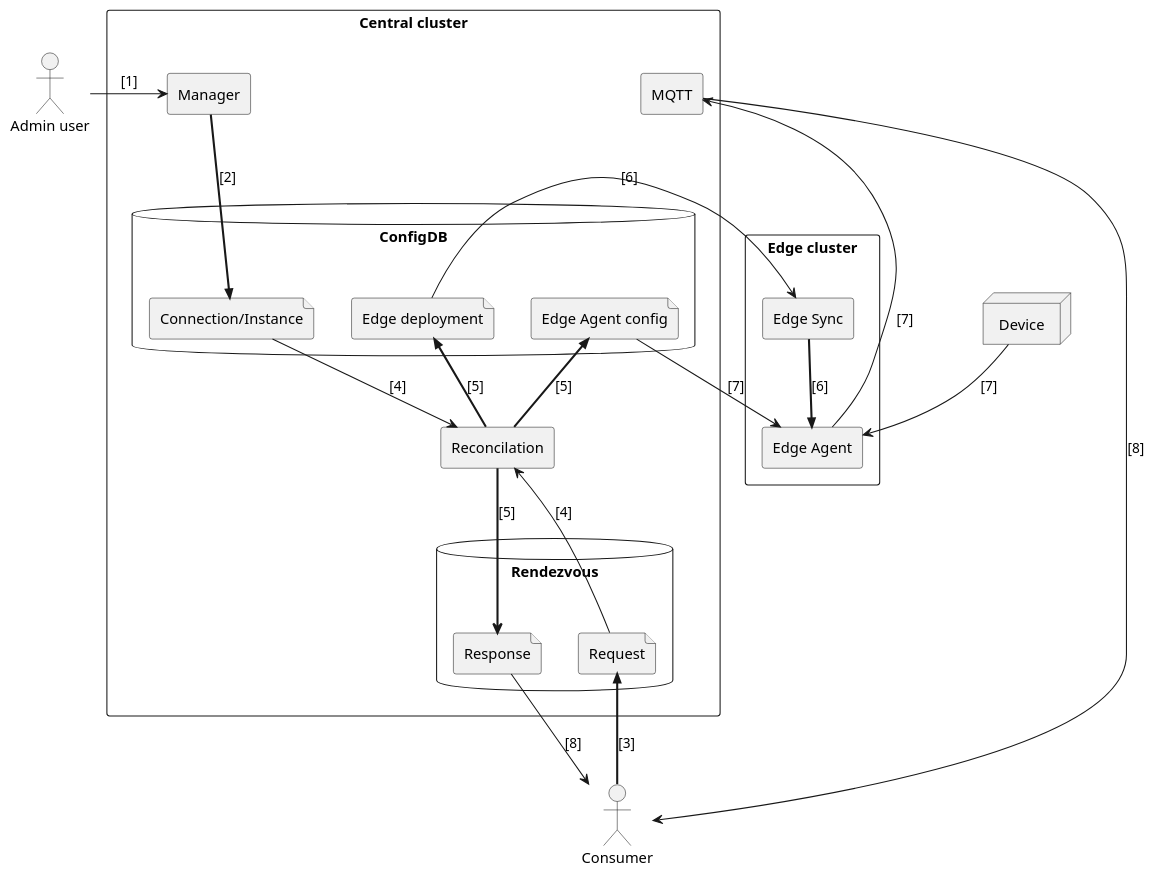
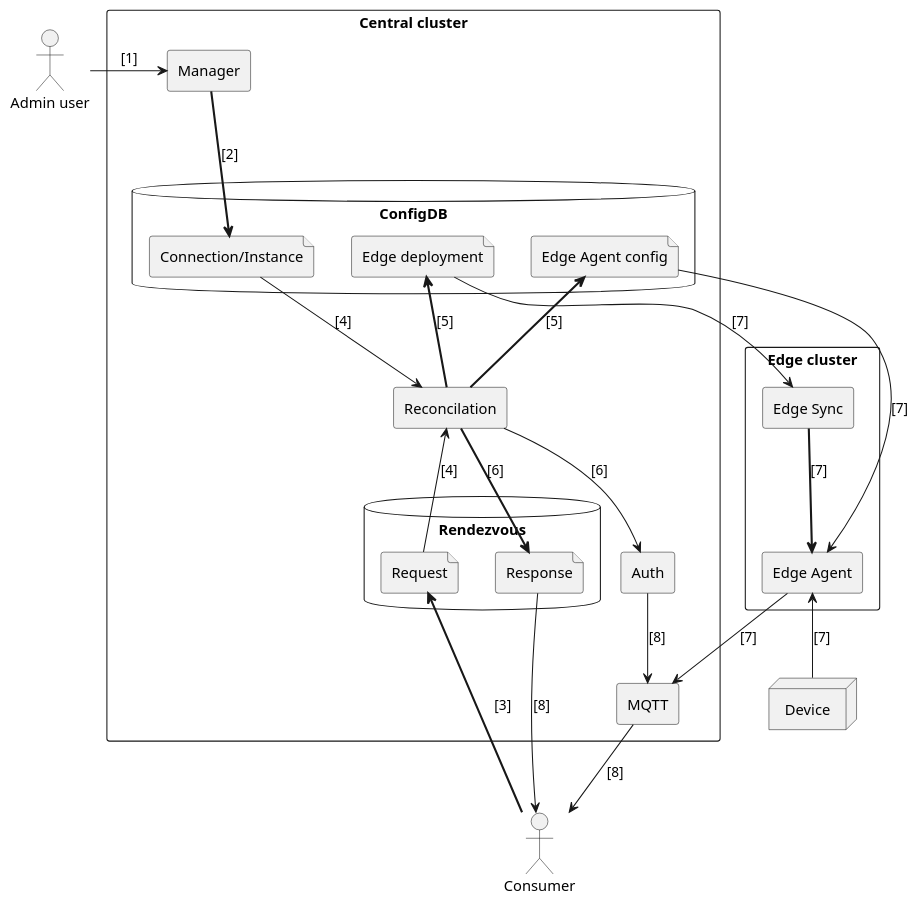
The diagram in docs/dyn-deploy/dyn-deploy.puml (AMRC-FactoryPlus/amrc-connectivity-stack), drawn with PlantUML before and after one commit. The commit also changed 2 other files, not shown here.

Commit message:
Include the Auth changes in the diagrams
Automatic Auth adjustments are a fairly important part of the process
here.

```diff
--- a/docs/dyn-deploy/dyn-deploy.puml
+++ b/docs/dyn-deploy/dyn-deploy.puml
@@ -1,51 +1,55 @@
 @startuml
 
 actor "Admin user" as admin
 actor "Consumer" as consumer
 node "Device" as device
 
 rectangle "Central cluster" {
     agent "Manager" as manager
+    agent "Auth" as auth
+    agent "MQTT" as mqtt
+    agent "Reconcilation" as recon
 
     database "ConfigDB" as configdb {
         file "Connection/Instance" as connection
         file "Edge deployment" as deployment
         file "Edge Agent config" as config
     }
 
-    agent "MQTT" as mqtt
-    agent "Reconcilation" as recon
 
     database "Rendezvous" as rvous {
         file "Request" as rvreq
         file "Response" as rvres
     }
+
 }
 
 rectangle "Edge cluster" {
     agent "Edge Sync" as sync
     agent "Edge Agent" as agent
 }
 
 admin -ri-> manager         : [1]
-manager ==>> connection     : [2]
+manager ==> connection      : [2]
 
-consumer =up=>> rvreq       : [3]
+consumer =up=> rvreq        : [3]
 rvreq -up-> recon           : [4]
 connection -do-> recon      : [4]
 
-recon =up=>> deployment     : [5]
-recon =up=>> config         : [5]
-recon =do=> rvres           : [5]
+recon =up=> deployment      : [5]
+recon =up=> config          : [5]
+recon --> auth              : [6]
+recon =do=> rvres           : [6]
 
-deployment --> sync         : [6]
-sync =do=>> agent           : [6]
+deployment --> sync         : [7]
+sync =do=> agent            : [7]
 
-config -do-> agent          : [7]
-device -do-> agent          : [7]
+config -> agent             : [7]
+device -up-> agent          : [7]
 agent -> mqtt               : [7]
 
 rvres --> consumer          : [8]
-mqtt -> consumer            : [8]
+auth --> mqtt               : [8]
+mqtt --> consumer           : [8]
 
 @enduml
```
